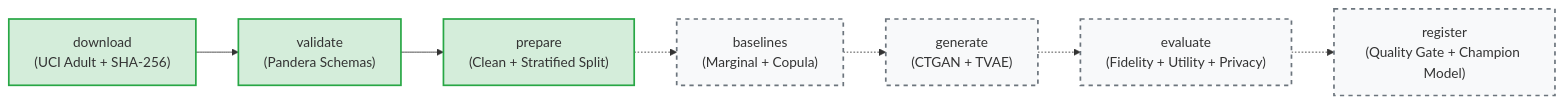
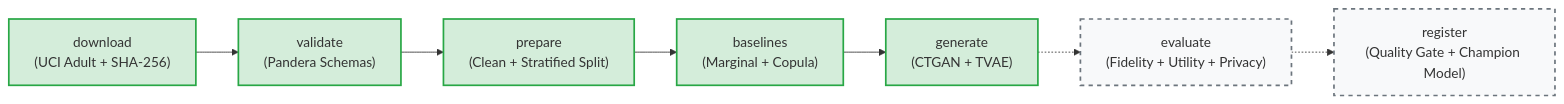
One commit to turab1020/SynthGuard-Ops changed the diagram in README.md. Above: the diagram before and after it, drawn with Mermaid. The commit also changed other lines of this file, not shown here.

````diff
--- a/README.md
+++ b/README.md
@@ -34,14 +34,14 @@
 ```mermaid
 flowchart LR
     A["download\n(UCI Adult + SHA-256)"] --> B["validate\n(Pandera Schemas)"]
     B --> C["prepare\n(Clean + Stratified Split)"]
-    C -.-> D["baselines\n(Marginal + Copula)"]
-    D -.-> E["generate\n(CTGAN + TVAE)"]
+    C --> D["baselines\n(Marginal + Copula)"]
+    D --> E["generate\n(CTGAN + TVAE)"]
     E -.-> F["evaluate\n(Fidelity + Utility + Privacy)"]
     F -.-> G["register\n(Quality Gate + Champion Model)"]
 
     classDef completed fill:#d4edda,stroke:#28a745,stroke-width:2px;
     classDef pending fill:#f8f9fa,stroke:#6c757d,stroke-width:2px,stroke-dasharray: 5 5;
-    class A,B,C completed;
-    class D,E,F,G pending;
+    class A,B,C,D,E completed;
+    class F,G pending;
 ```
````
